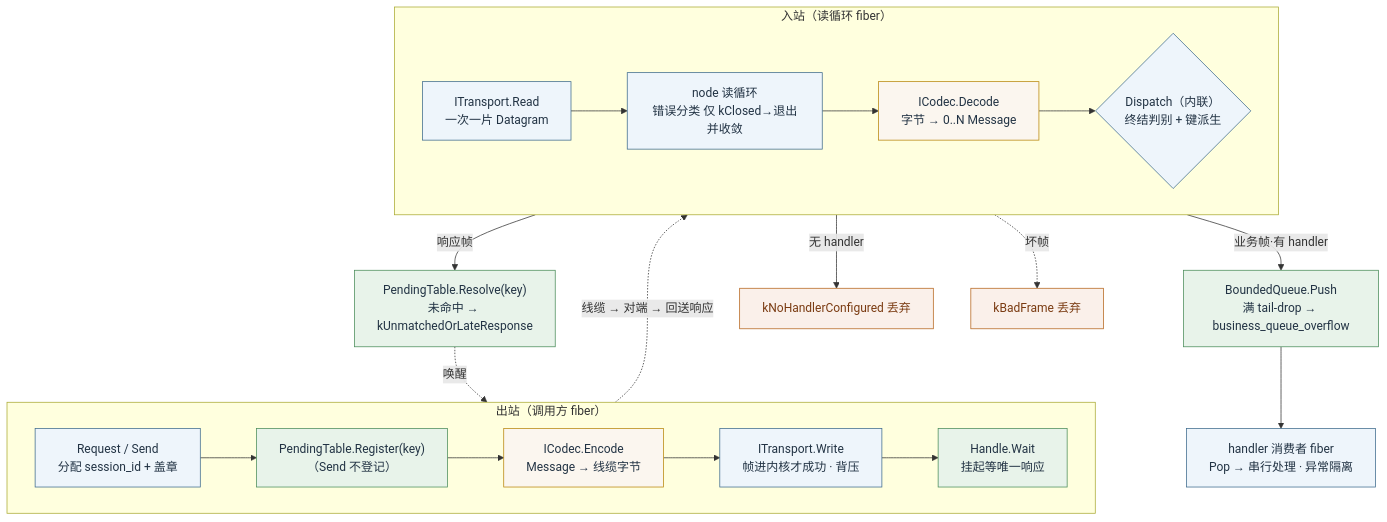
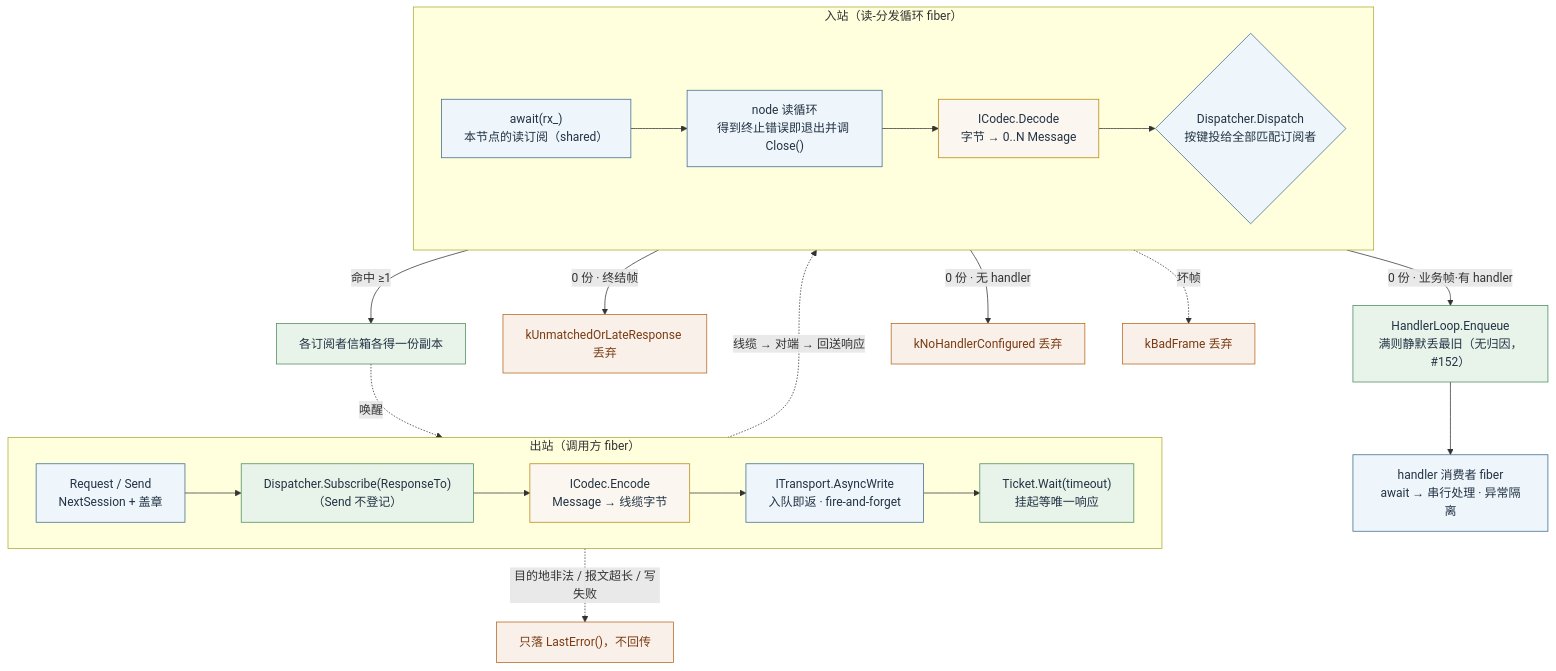
Before and after one commit to Ste7an-cs/Transport: the diagram in docs/diagrams/dataflow.mmd, drawn with Mermaid. The commit also changed 20 other files, not shown here.

First line of the commit message:
docs(diagrams): 按 ADR-0008 重绘九张图，同步 SDD 图注与追溯矩阵

```diff
--- a/docs/diagrams/dataflow.mmd
+++ b/docs/diagrams/dataflow.mmd
@@ -1,38 +1,40 @@
 flowchart TB
     subgraph OUT["出站（调用方 fiber）"]
         direction LR
-        RQ["Request / Send<br/>分配 session_id + 盖章"]
-        REG["PendingTable.Register(key)<br/>（Send 不登记）"]
+        RQ["Request / Send<br/>NextSession + 盖章"]
+        SUB["Dispatcher.Subscribe(ResponseTo)<br/>（Send 不登记）"]
         ENC["ICodec.Encode<br/>Message → 线缆字节"]
-        WR["ITransport.Write<br/>帧进内核才成功 · 背压"]
-        WT["Handle.Wait<br/>挂起等唯一响应"]
-        RQ --> REG --> ENC --> WR --> WT
+        WR["ITransport.AsyncWrite<br/>入队即返 · fire-and-forget"]
+        WT["Ticket.Wait(timeout)<br/>挂起等唯一响应"]
+        RQ --> SUB --> ENC --> WR --> WT
     end
 
     WR -. 线缆 → 对端 → 回送响应 .-> RD
 
-    subgraph IN["入站（读循环 fiber）"]
+    subgraph IN["入站（读-分发循环 fiber）"]
         direction LR
-        RD["ITransport.Read<br/>一次一片 Datagram"]
-        SK["node 读循环<br/>错误分类 仅 kClosed→退出并收敛"]
+        RD["await(rx_)<br/>本节点的读订阅（shared）"]
+        SK["node 读循环<br/>得到终止错误即退出并调 Close()"]
         DEC["ICodec.Decode<br/>字节 → 0..N Message"]
-        DSP{"Dispatch（内联）<br/>终结判别 + 键派生"}
+        DSP{"Dispatcher.Dispatch<br/>按键投给全部匹配订阅者"}
         RD --> SK --> DEC --> DSP
     end
 
-    DSP -->|响应帧| RES["PendingTable.Resolve(key)<br/>未命中 → kUnmatchedOrLateResponse"]
-    DSP -->|业务帧·有 handler| BQ["BoundedQueue.Push<br/>满 tail-drop → business_queue_overflow"]
-    DSP -->|无 handler| NH["kNoHandlerConfigured 丢弃"]
-    BQ --> HD["handler 消费者 fiber<br/>Pop → 串行处理 · 异常隔离"]
+    DSP -->|命中 ≥1| RES["各订阅者信箱各得一份副本"]
+    DSP -->|0 份 · 终结帧| UM["kUnmatchedOrLateResponse 丢弃"]
+    DSP -->|0 份 · 业务帧·有 handler| BQ["HandlerLoop.Enqueue<br/>满则静默丢最旧（无归因，#152）"]
+    DSP -->|0 份 · 无 handler| NH["kNoHandlerConfigured 丢弃"]
+    BQ --> HD["handler 消费者 fiber<br/>await → 串行处理 · 异常隔离"]
     RES -. 唤醒 .-> WT
 
     DEC -.->|坏帧| BF["kBadFrame 丢弃"]
+    WR -.->|目的地非法 / 报文超长 / 写失败| LE["只落 LastError()，不回传"]
 
     classDef greenC fill:#e8f3ea,stroke:#4a8c5a,color:#234;
     classDef goldC fill:#fbf6ef,stroke:#b8860b,color:#234;
     classDef blueC fill:#eef5fb,stroke:#3d6a8c,color:#234;
     classDef dropC fill:#faf0ea,stroke:#b5651d,color:#7a3b12;
-    class REG,WT,RES,BQ greenC;
+    class SUB,WT,RES,BQ greenC;
     class ENC,DEC goldC;
     class RQ,WR,RD,SK,DSP,HD blueC;
-    class NH,BF dropC;
+    class NH,BF,UM,LE dropC;
```
